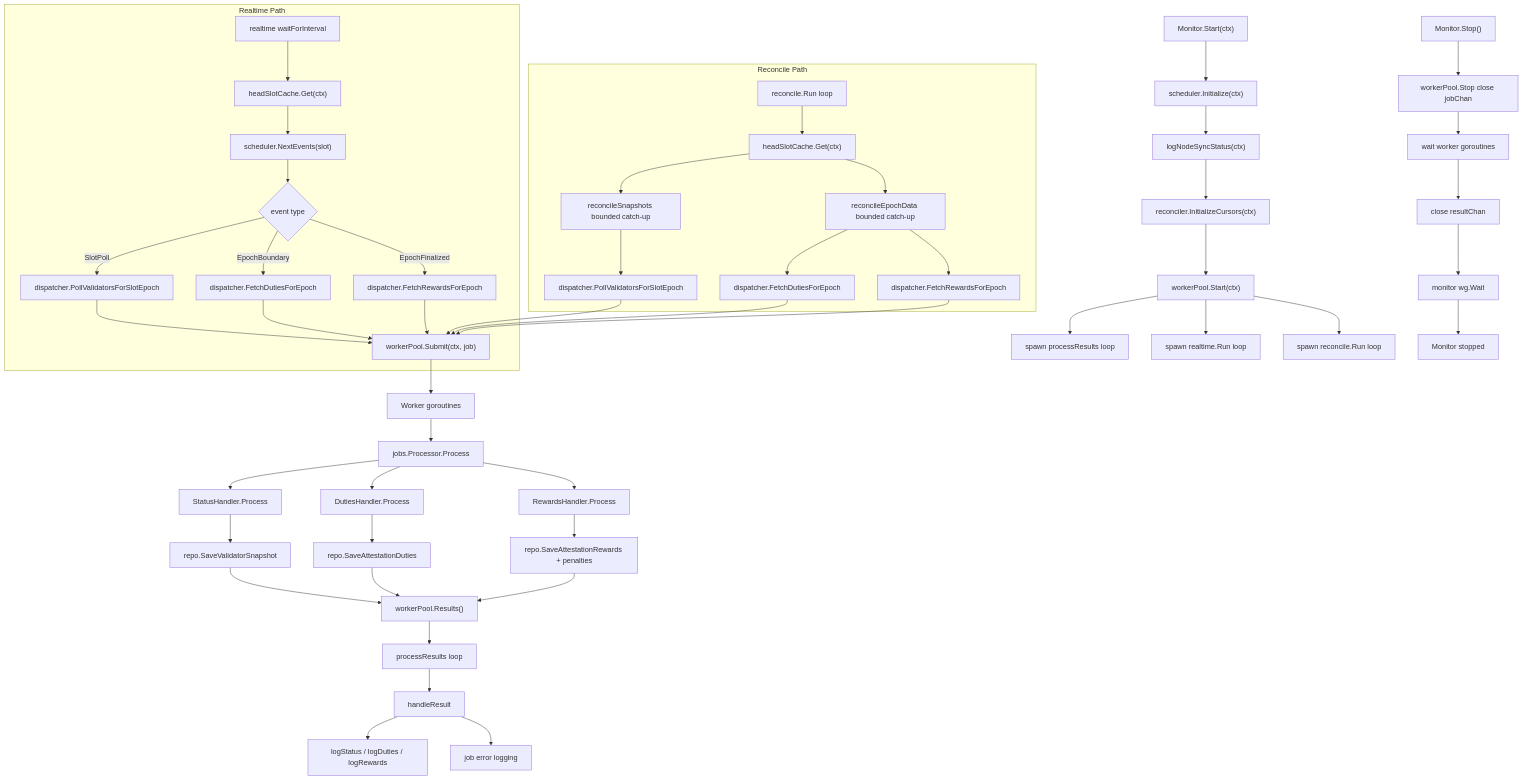
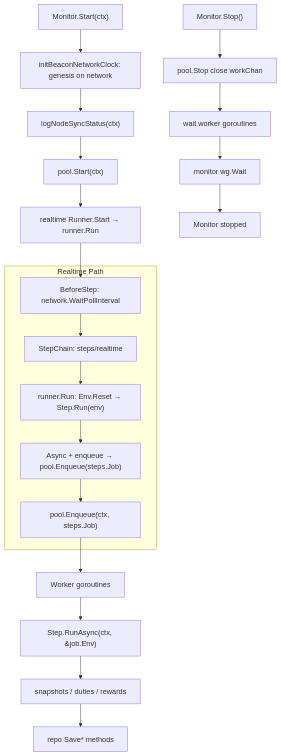
One commit to tharun-p/pauli changed the first of 3 diagrams in doc/monitor-e2e-flow.md. Above: the diagram before and after it, drawn with Mermaid. The commit also changed other lines of this file and 41 other files, not shown here.

First line of the commit message:
refactor(monitor): runner/steps/queue realtime loop; docs; beacon HTTP body close

````diff
--- a/doc/monitor-e2e-flow.md
+++ b/doc/monitor-e2e-flow.md
@@ -3,58 +5,25 @@
 ```mermaid
 flowchart TD
-  Start["Monitor.Start(ctx)"] --> InitSched["scheduler.Initialize(ctx)"]
+  Start["Monitor.Start(ctx)"] --> InitSched["initBeaconNetworkClock: genesis on network"]
   InitSched --> NodeSync["logNodeSyncStatus(ctx)"]
-  NodeSync --> InitRecon["reconciler.InitializeCursors(ctx)"]
-  InitRecon --> StartWorkers["workerPool.Start(ctx)"]
-  StartWorkers --> StartResultLoop[spawn processResults loop]
-  StartWorkers --> StartRealtimeLoop[spawn realtime.Run loop]
-  StartWorkers --> StartReconLoop[spawn reconcile.Run loop]
+  NodeSync --> StartWorkers["pool.Start(ctx)"]
+  StartWorkers --> StartRealtime["realtime Runner.Start → runner.Run"]
+  StartRealtime --> RTWait
 
   subgraph realtimePath [Realtime Path]
-    RTWait[realtime waitForInterval] --> RTHead["headSlotCache.Get(ctx)"]
-    RTHead --> RTEvents["scheduler.NextEvents(slot)"]
-    RTEvents --> RTSwitch{event type}
-    RTSwitch -->|SlotPoll| D1[dispatcher.PollValidatorsForSlotEpoch]
-    RTSwitch -->|EpochBoundary| D2[dispatcher.FetchDutiesForEpoch]
-    RTSwitch -->|EpochFinalized| D3[dispatcher.FetchRewardsForEpoch]
-    D1 --> Enqueue
-    D2 --> Enqueue
-    D3 --> Enqueue
+    RTWait["BeforeStep: network.WaitPollInterval"] --> RTChain["StepChain: steps/realtime"]
+    RTDrainEnv["runner.Run: Env.Reset → Step.Run(env)"] --> RTDrain["Async + enqueue → pool.Enqueue(steps.Job)"]
+    RTChain --> RTDrainEnv
+    RTDrain --> Enqueue
   end
 
-  subgraph reconPath [Reconcile Path]
-    RLoop[reconcile.Run loop] --> RHead["headSlotCache.Get(ctx)"]
-    RHead --> RSnap[reconcileSnapshots bounded catch-up]
-    RHead --> REpoch[reconcileEpochData bounded catch-up]
-    RSnap --> RDispatch1[dispatcher.PollValidatorsForSlotEpoch]
-    REpoch --> RDispatch2[dispatcher.FetchDutiesForEpoch]
-    REpoch --> RDispatch3[dispatcher.FetchRewardsForEpoch]
-    RDispatch1 --> Enqueue
-    RDispatch2 --> Enqueue
-    RDispatch3 --> Enqueue
-  end
+  Enqueue["pool.Enqueue(ctx, steps.Job)"] --> WorkerN[Worker goroutines]
+  WorkerN --> Process["Step.RunAsync(ctx, &job.Env)"]
+  Process --> Snap["snapshots / duties / rewards"]
+  Snap --> Repo[repo Save* methods]
 
-  Enqueue["workerPool.Submit(ctx, job)"] --> WorkerN[Worker goroutines]
-  WorkerN --> Process["jobs.Processor.Process"]
-  Process --> StatusH["StatusHandler.Process"]
-  Process --> DutiesH["DutiesHandler.Process"]
-  Process --> RewardsH["RewardsHandler.Process"]
-
-  StatusH --> Repo1[repo.SaveValidatorSnapshot]
-  DutiesH --> Repo2[repo.SaveAttestationDuties]
-  RewardsH --> Repo3[repo.SaveAttestationRewards + penalties]
-  Repo1 --> ResultChan
-  Repo2 --> ResultChan
-  Repo3 --> ResultChan
-
-  ResultChan["workerPool.Results()"] --> ResultsLoop[processResults loop]
-  ResultsLoop --> HandleResult[handleResult]
-  HandleResult --> LogOK[logStatus / logDuties / logRewards]
-  HandleResult --> LogErr[job error logging]
-
-  Stop["Monitor.Stop()"] --> CloseJobs[workerPool.Stop close jobChan]
+  Stop["Monitor.Stop()"] --> CloseJobs["pool.Stop close workChan"]
   CloseJobs --> WaitWorkers[wait worker goroutines]
-  WaitWorkers --> CloseResults[close resultChan]
-  CloseResults --> WaitAll["monitor wg.Wait"]
+  WaitWorkers --> WaitAll["monitor wg.Wait"]
   WaitAll --> endNode[Monitor stopped]
 ```
````
